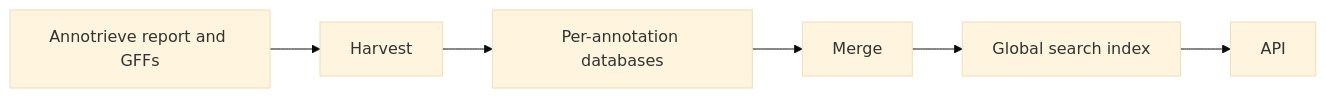
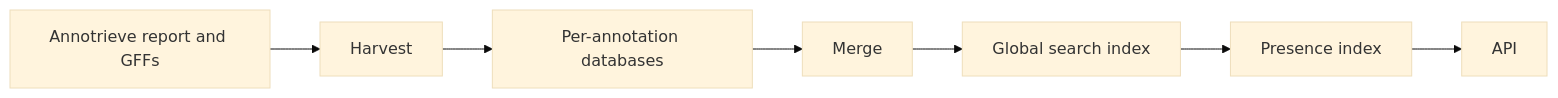
One commit to guigolab/annotrieve-xrefs changed the diagram in README.md. Above: the diagram before and after it, drawn with Mermaid (base theme). The commit also changed other lines of this file and 13 other files, not shown here.

````diff
--- a/README.md
+++ b/README.md
@@ -379,10 +425,11 @@
 ```mermaid
 flowchart LR
   report[Annotrieve report and GFFs]
   harvest[Harvest]
   shards[Per-annotation databases]
   merge[Merge]
   global[Global search index]
+  index[Presence index]
   api[API]
-  report --> harvest --> shards --> merge --> global --> api
+  report --> harvest --> shards --> merge --> global --> index --> api
 ```
````
